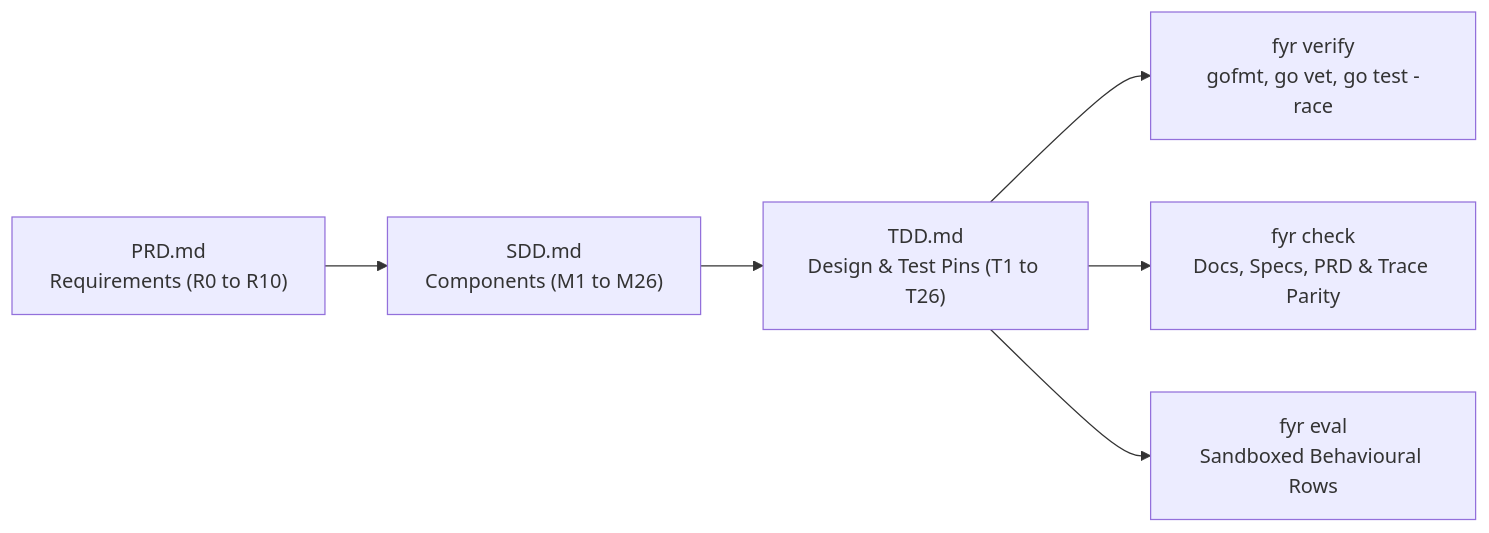
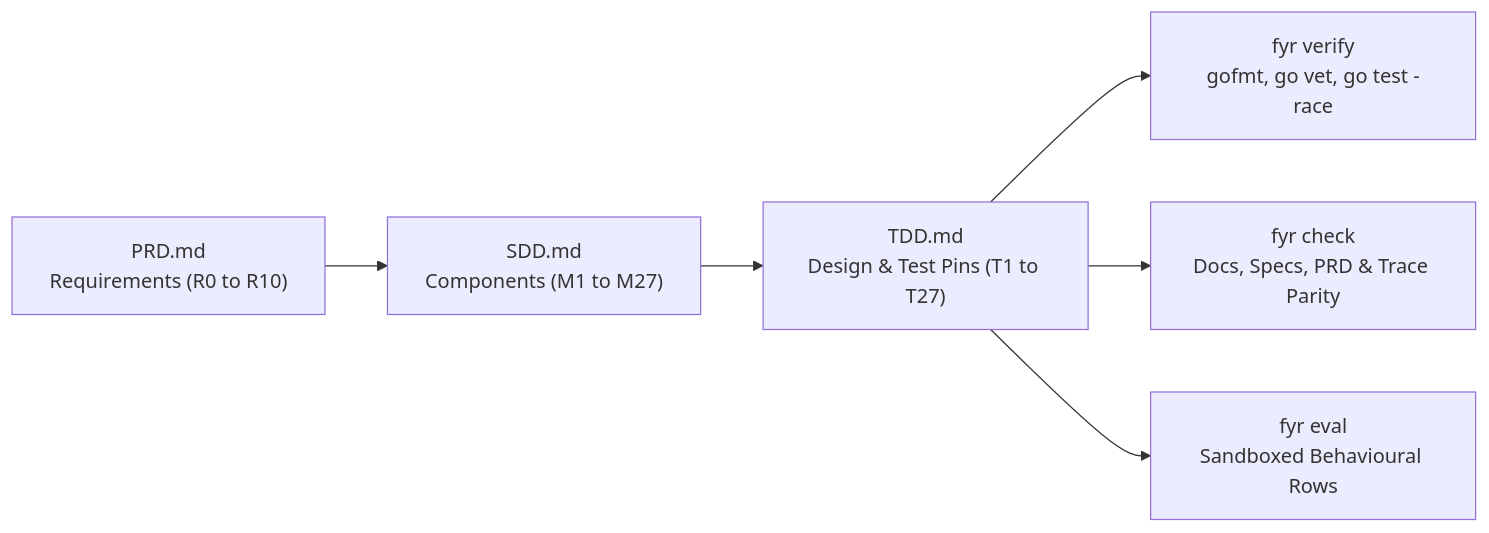
One commit to kesokaj/fyr changed the diagram in TDD.md. Above: the diagram before and after it, drawn with Mermaid. The commit also changed other lines of this file and 10 other files, not shown here.

````diff
--- a/TDD.md
+++ b/TDD.md
@@ -11,8 +11,8 @@
 ```mermaid
 flowchart LR
-    prd["PRD.md\nRequirements (R0 to R10)"] --> sdd["SDD.md\nComponents (M1 to M26)"]
-    sdd --> tdd["TDD.md\nDesign & Test Pins (T1 to T26)"]
+    prd["PRD.md\nRequirements (R0 to R10)"] --> sdd["SDD.md\nComponents (M1 to M27)"]
+    sdd --> tdd["TDD.md\nDesign & Test Pins (T1 to T27)"]
     tdd --> verify["fyr verify\ngofmt, go vet, go test -race"]
     tdd --> check["fyr check\nDocs, Specs, PRD & Trace Parity"]
     tdd --> eval["fyr eval\nSandboxed Behavioural Rows"]
 ```
````
